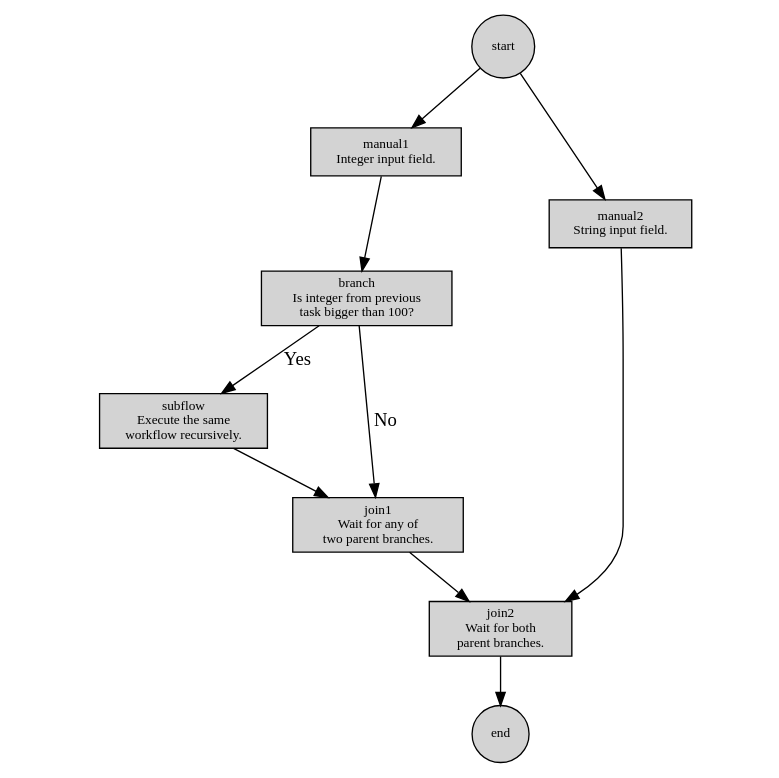
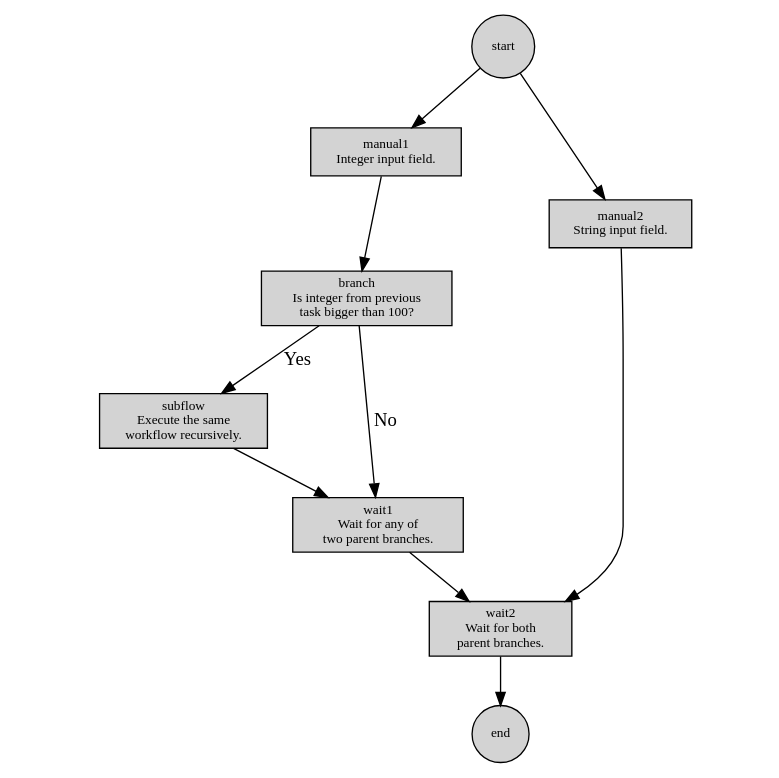
One commit to mpod/scala-workflow changed the diagram in frontend/public/images/demo.gv. Above: the diagram before and after it, drawn with Graphviz. The commit also changed 5 other files, not shown here.

```diff
--- a/frontend/public/images/demo.gv
+++ b/frontend/public/images/demo.gv
@@ -1,35 +1,35 @@
 digraph graph_name {
   graph [
     fontsize = 10,
     overlap = false,
     ratio = 1.0,
   ];
 
   node [
     style = "filled"
     fontsize = 10,
   ];
 
   edge [
   ];
 
   // node define
   start [shape = circle];
   manual1 [shape = box, label = "manual1\nInteger input field."];
   manual2 [shape = box, label = "manual2\nString input field."];
   branch [shape = box, label = "branch\nIs integer from previous \n task bigger than 100?"];
   subflow [shape = box, label = "subflow\nExecute the same \n workflow recursively."];
-  join1 [shape = box, label = "join1\nWait for any of \n two parent branches."];
-  join2 [shape = box, label = "join2\nWait for both \n parent branches."];
+  wait1 [shape = box, label = "wait1\nWait for any of \n two parent branches."];
+  wait2 [shape = box, label = "wait2\nWait for both \n parent branches."];
   end [shape = circle];
 
   start -> manual1;
   start -> manual2;
   manual1 -> branch;
   branch -> subflow[label = "Yes"];
-  branch -> join1[label = "No"];
-  subflow -> join1;
-  join1 -> join2;
-  manual2 -> join2;
-  join2 -> end;
+  branch -> wait1[label = "No"];
+  subflow -> wait1;
+  wait1 -> wait2;
+  manual2 -> wait2;
+  wait2 -> end;
 }
```
